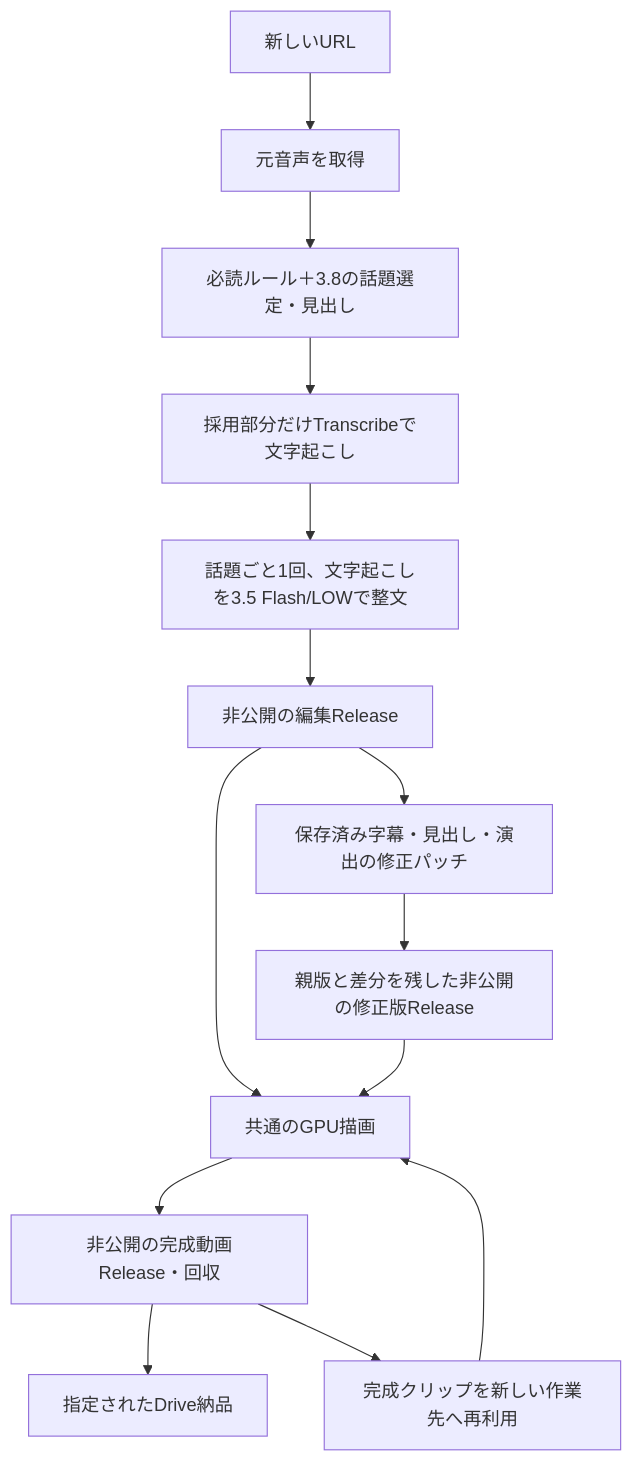
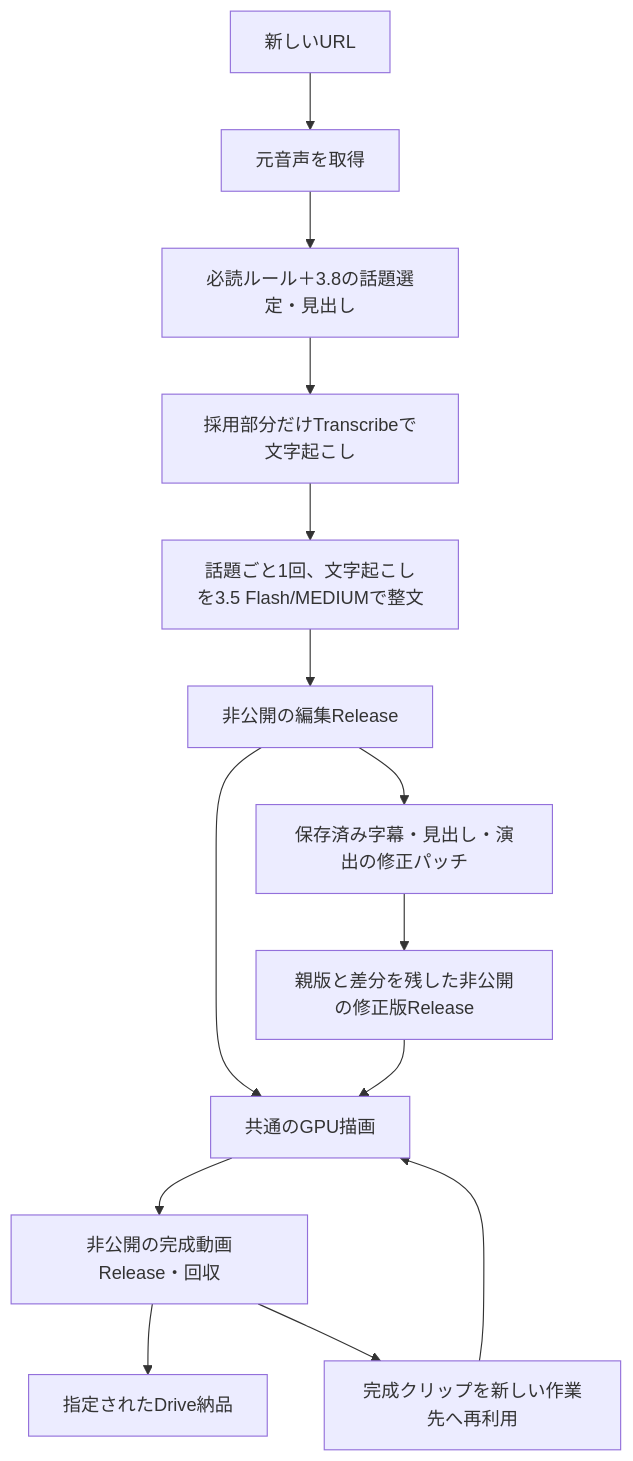
One commit to nyu1791-collab/ClipForge changed the diagram in docs/PRODUCTION_AND_REVISION.md. Above: the diagram before and after it, drawn with Mermaid. The commit also changed 10 other files, not shown here.

````diff
--- a/docs/PRODUCTION_AND_REVISION.md
+++ b/docs/PRODUCTION_AND_REVISION.md
@@ -9,16 +9,16 @@
 ```mermaid
 flowchart TD
   A[新しいURL] --> B[元音声を取得]
   B --> C[必読ルール＋3.8の話題選定・見出し]
   C --> X[採用部分だけTranscribeで文字起こし]
-  X --> D[話題ごと1回、文字起こしを3.5 Flash/LOWで整文]
+  X --> D[話題ごと1回、文字起こしを3.5 Flash/MEDIUMで整文]
   D --> E[非公開の編集Release]
   E --> F[共通のGPU描画]
   F --> G[非公開の完成動画Release・回収]
   G --> H[指定されたDrive納品]
   E --> I[保存済み字幕・見出し・演出の修正パッチ]
   I --> J[親版と差分を残した非公開の修正版Release]
   J --> F
   G --> K[完成クリップを新しい作業先へ再利用]
   K --> F
 ```
````
